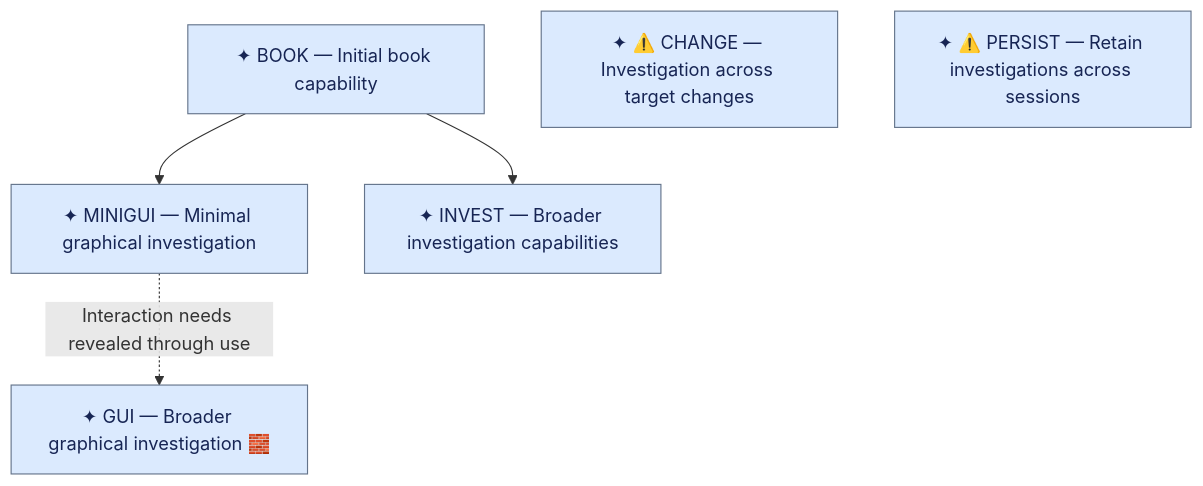
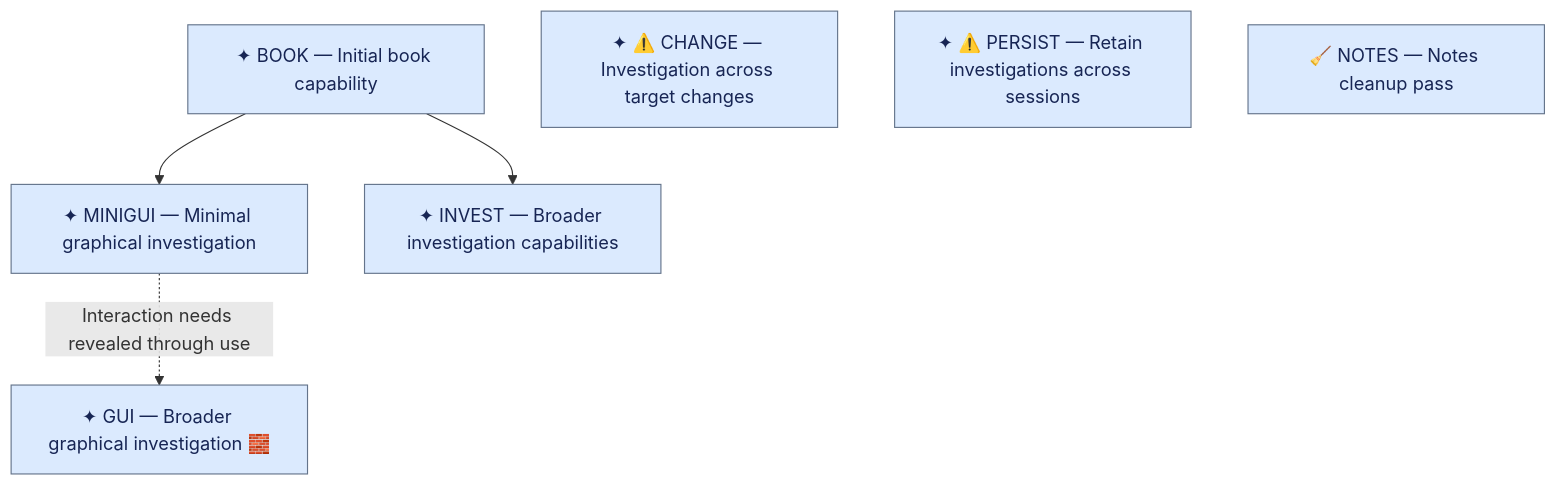
Before and after one commit to ronen/postcode: the diagram in steering/upcoming-work.md, drawn with Mermaid. The commit also changed other lines of this file, not shown here.

Commit message:
Add periodic notes cleanup to upcoming work

````diff
--- a/steering/upcoming-work.md
+++ b/steering/upcoming-work.md
@@ -75,10 +75,11 @@
 ```mermaid
 flowchart TD
     BOOK["✦ BOOK — Initial book capability"] --> MINIGUI["✦ MINIGUI — Minimal graphical investigation"]
     BOOK --> INVEST["✦ INVEST — Broader investigation capabilities"]
     MINIGUI -. Interaction needs revealed through use .-> GUI["✦ GUI — Broader graphical investigation 🧱"]
     CHANGE["✦ ⚠️ CHANGE — Investigation across target changes"]
     PERSIST["✦ ⚠️ PERSIST — Retain investigations across sessions"]
+    NOTES["🧹 NOTES — Notes cleanup pass"]
 
     classDef default fill:#dbeafe,stroke:#64748b,color:#172554
 ```
````
